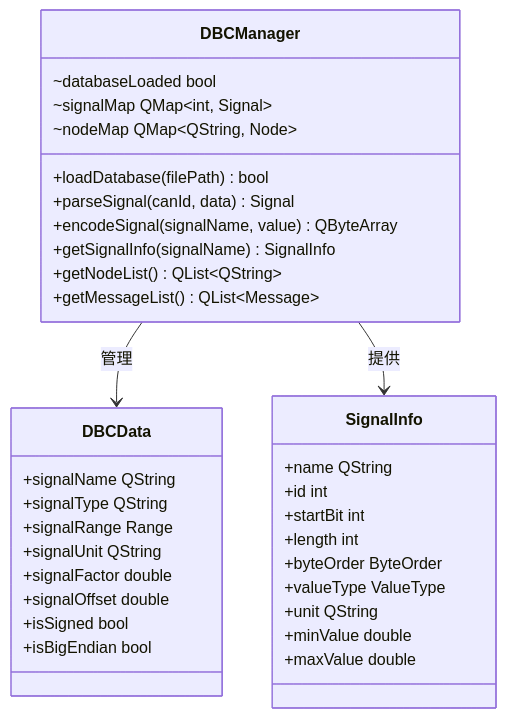
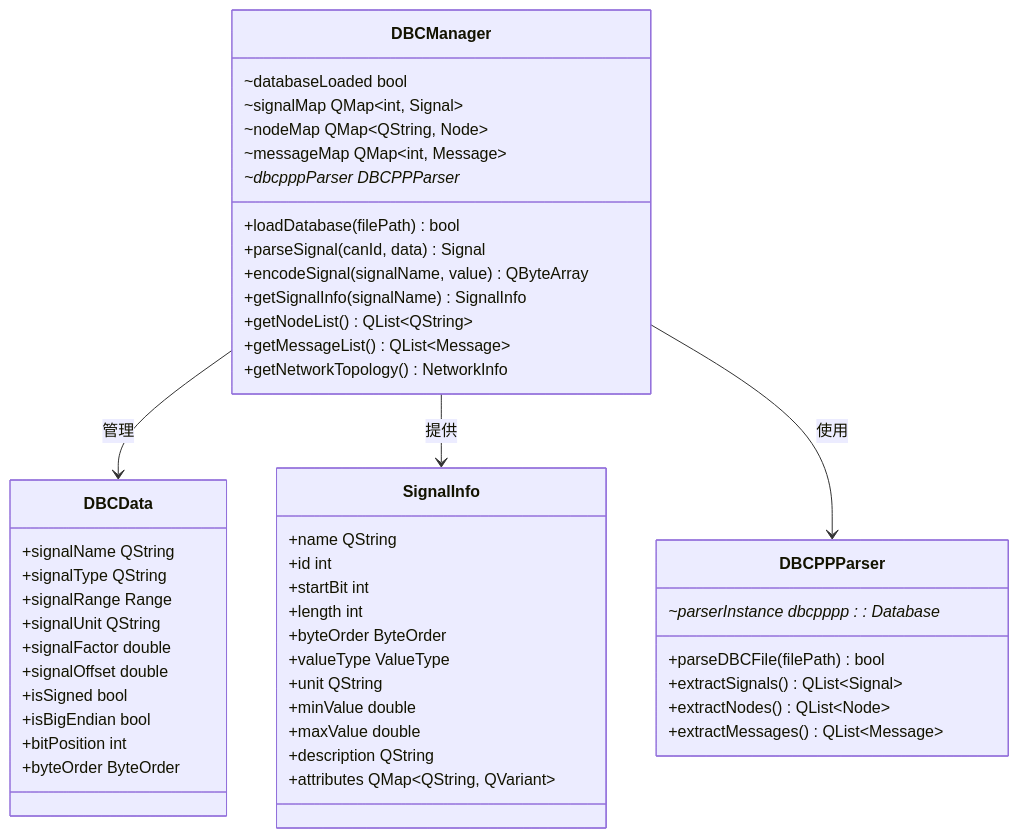
Before and after one commit to jakecai1225-design/OpenBus: the fourth of 6 diagrams in .qoder/repowiki/zh/content/核心模块详解/核心模块详解.md, drawn with Mermaid. The commit also changed other lines of this file and 16 other files, not shown here.

````diff
--- a/.qoder/repowiki/zh/content/核心模块详解/核心模块详解.md
+++ b/.qoder/repowiki/zh/content/核心模块详解/核心模块详解.md
@@ -335,37 +338,52 @@
 ```mermaid
 classDiagram
 class DBCManager {
 +loadDatabase(filePath) bool
 +parseSignal(canId, data) Signal
 +encodeSignal(signalName, value) QByteArray
 +getSignalInfo(signalName) SignalInfo
 +getNodeList() QList~QString~
 +getMessageList() QList~Message~
++getNetworkTopology() NetworkInfo
 ~databaseLoaded bool
 ~signalMap QMap~int, Signal~
 ~nodeMap QMap~QString, Node~
+~messageMap QMap~int, Message~
+~dbcpppParser DBCPPParser*
 }
 class DBCData {
 +signalName QString
 +signalType QString
 +signalRange Range
 +signalUnit QString
 +signalFactor double
 +signalOffset double
 +isSigned bool
 +isBigEndian bool
++bitPosition int
++byteOrder ByteOrder
 }
 class SignalInfo {
 +name QString
 +id int
 +startBit int
 +length int
 +byteOrder ByteOrder
 +valueType ValueType
 +unit QString
 +minValue double
 +maxValue double
++description QString
++attributes QMap~QString, QVariant~
+}
+class DBCPPParser {
++parseDBCFile(filePath) bool
++extractSignals() QList~Signal~
++extractNodes() QList~Node~
++extractMessages() QList~Message~
+~parserInstance dbcpppp : : Database*
 }
 DBCManager --> DBCData : 管理
 DBCManager --> SignalInfo : 提供
+DBCManager --> DBCPPParser : 使用
 ```
````
